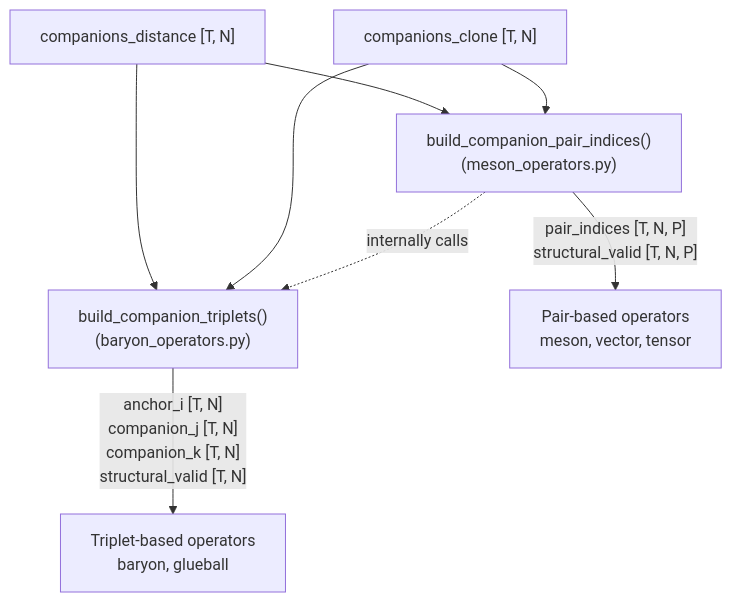
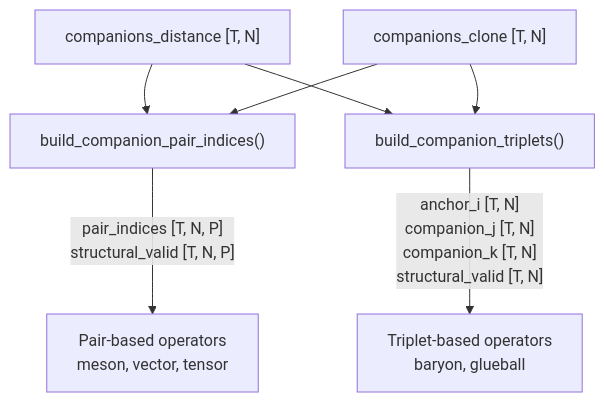
One commit to FragileTech/fragile changed the fifth of 9 diagrams in src/fragile/physics/operators/ARCHITECTURE.md. Above: the diagram before and after it, drawn with Mermaid. The commit also changed other lines of this file and 60 other files, not shown here.

````diff
--- a/src/fragile/physics/operators/ARCHITECTURE.md
+++ b/src/fragile/physics/operators/ARCHITECTURE.md
@@ -213,13 +271,11 @@
 ```mermaid
 flowchart TD
-    CD["companions_distance [T, N]"] --> BCP["build_companion_pair_indices()\n(meson_operators.py)"]
+    CD["companions_distance [T, N]"] --> BCP["build_companion_pair_indices()"]
     CC["companions_clone [T, N]"] --> BCP
-    CD --> BCT["build_companion_triplets()\n(baryon_operators.py)"]
+    CD --> BCT["build_companion_triplets()"]
     CC --> BCT
 
     BCP -->|"pair_indices [T, N, P]\nstructural_valid [T, N, P]"| PAIR["Pair-based operators\nmeson, vector, tensor"]
 
     BCT -->|"anchor_i [T, N]\ncompanion_j [T, N]\ncompanion_k [T, N]\nstructural_valid [T, N]"| TRIP["Triplet-based operators\nbaryon, glueball"]
-
-    BCP -.->|"internally calls"| BCT
 ```
````
